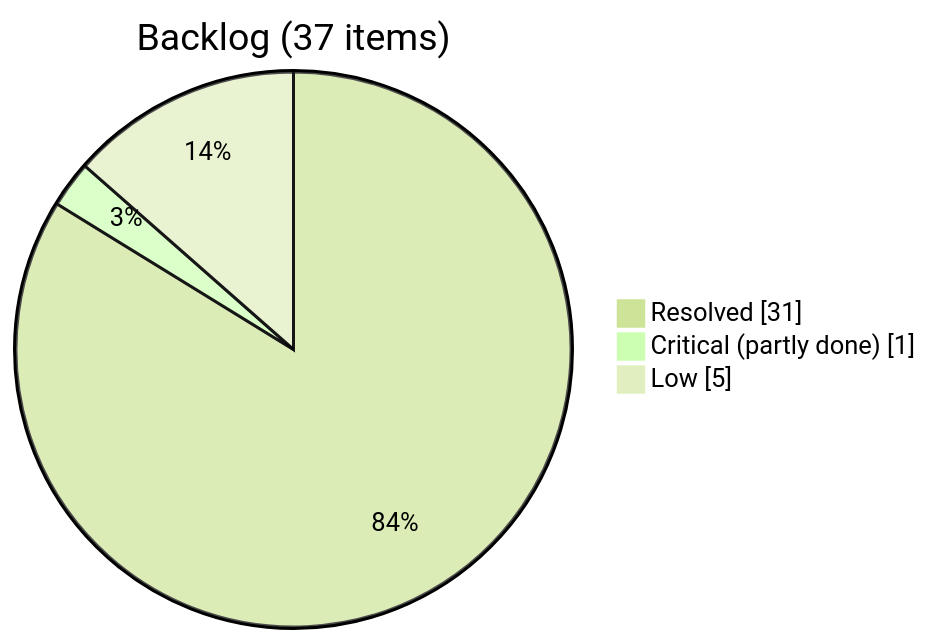
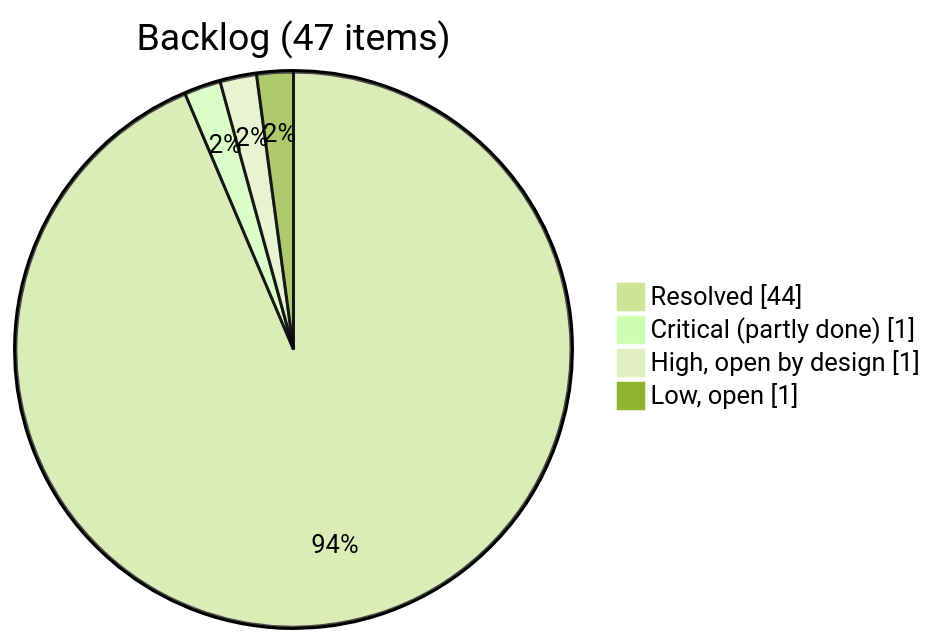
Before and after one commit to anurag-joshi-1403/StudentManagementSystem: the second of 3 diagrams in project_analysis.md, drawn with Mermaid (forest theme). The commit also changed other lines of this file and 110 other files, not shown here.

````diff
--- a/project_analysis.md
+++ b/project_analysis.md
@@ -327,7 +342,8 @@
 ```mermaid
 pie showData
-    title Backlog (37 items)
-    "Resolved" : 31
+    title Backlog (47 items)
+    "Resolved" : 44
     "Critical (partly done)" : 1
-    "Low" : 5
+    "High, open by design" : 1
+    "Low, open" : 1
 ```
````
